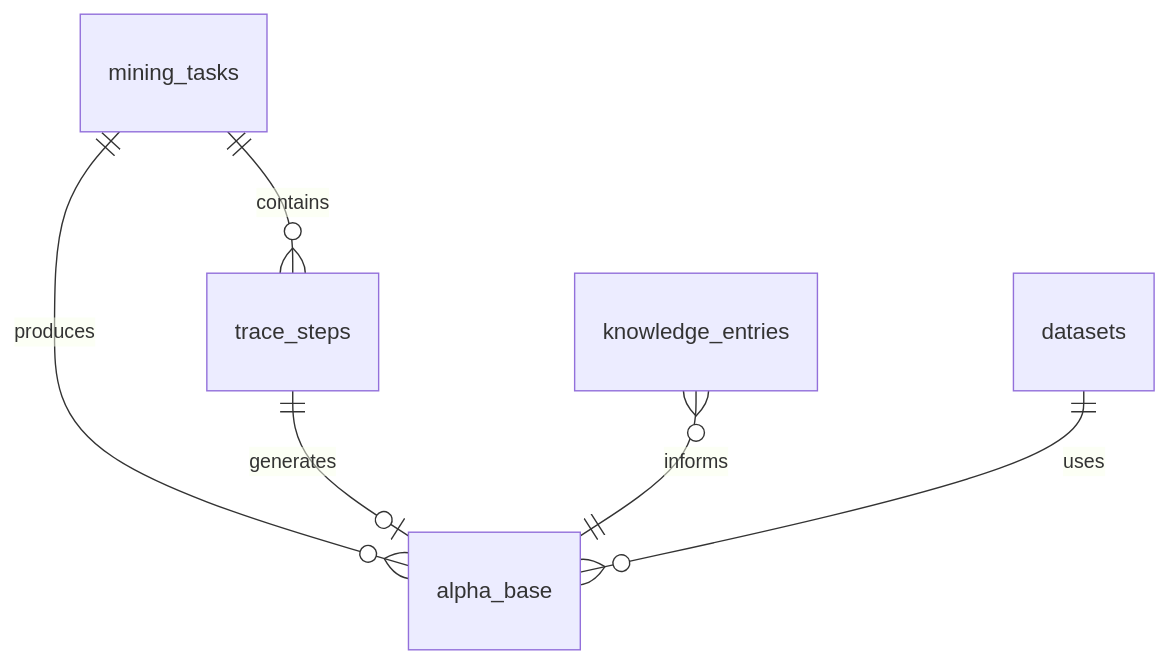
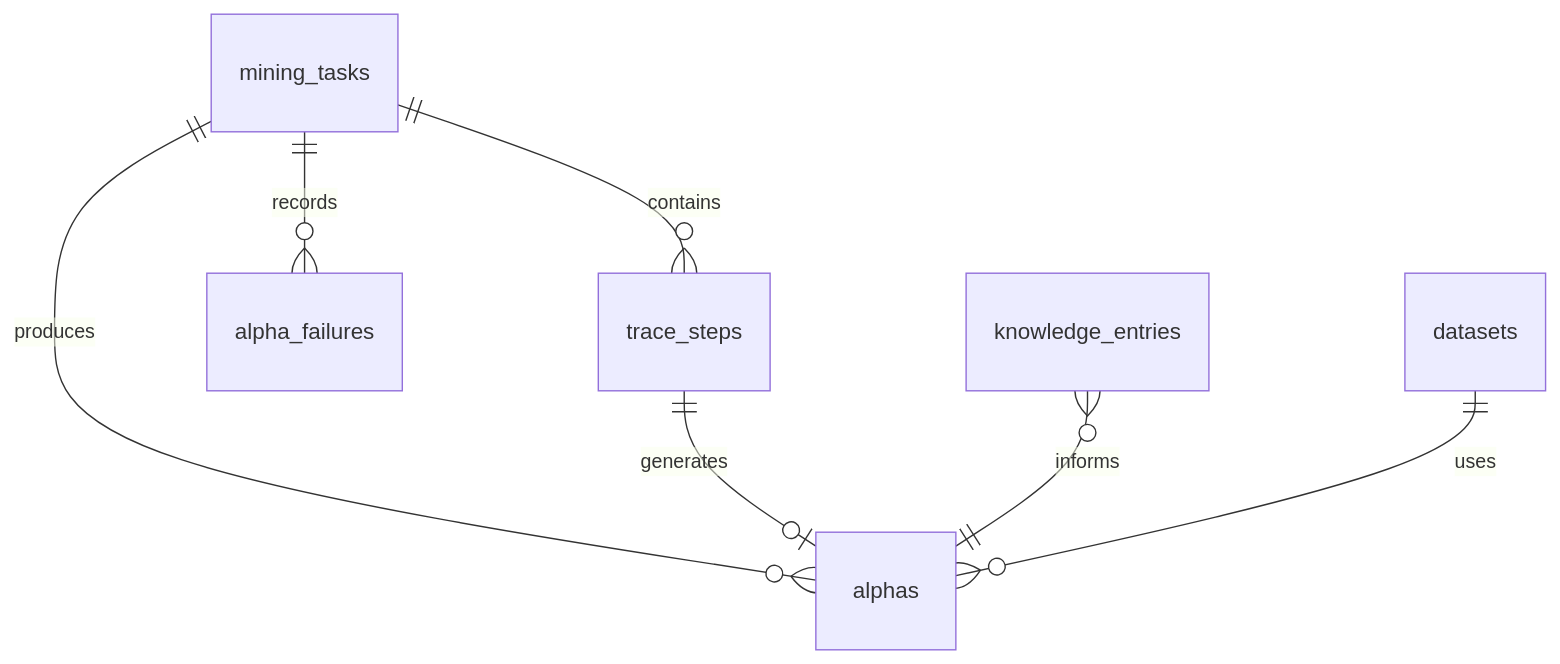
Before and after one commit to chengzhi43/worldquant-alpha-aiac: the third of 6 diagrams in data/详细设计说明文档.md, drawn with Mermaid. The commit also changed other lines of this file and 12 other files, not shown here.

````diff
--- a/data/详细设计说明文档.md
+++ b/data/详细设计说明文档.md
@@ -439,8 +445,9 @@
 ```mermaid
 erDiagram
     mining_tasks ||--o{ trace_steps : contains
-    mining_tasks ||--o{ alpha_base : produces
-    trace_steps ||--o| alpha_base : generates
-    knowledge_entries }o--|| alpha_base : informs
-    datasets ||--o{ alpha_base : uses
+    mining_tasks ||--o{ alphas : produces
+    trace_steps ||--o| alphas : generates
+    mining_tasks ||--o{ alpha_failures : records
+    knowledge_entries }o--|| alphas : informs
+    datasets ||--o{ alphas : uses
 ```
````
